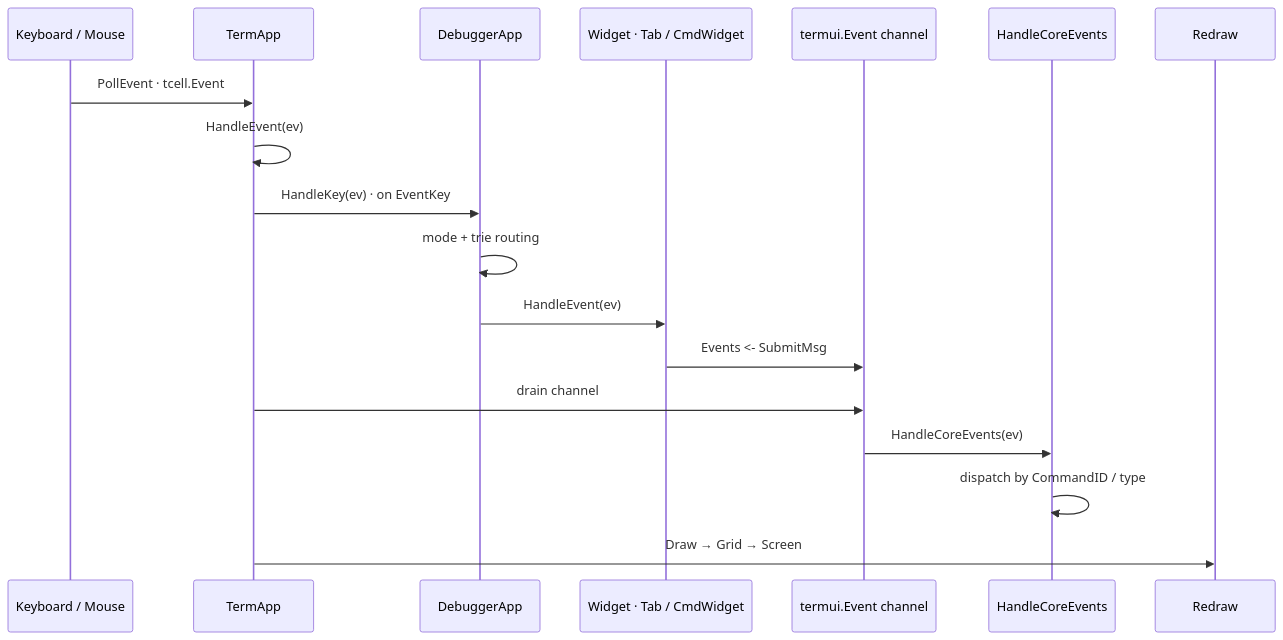
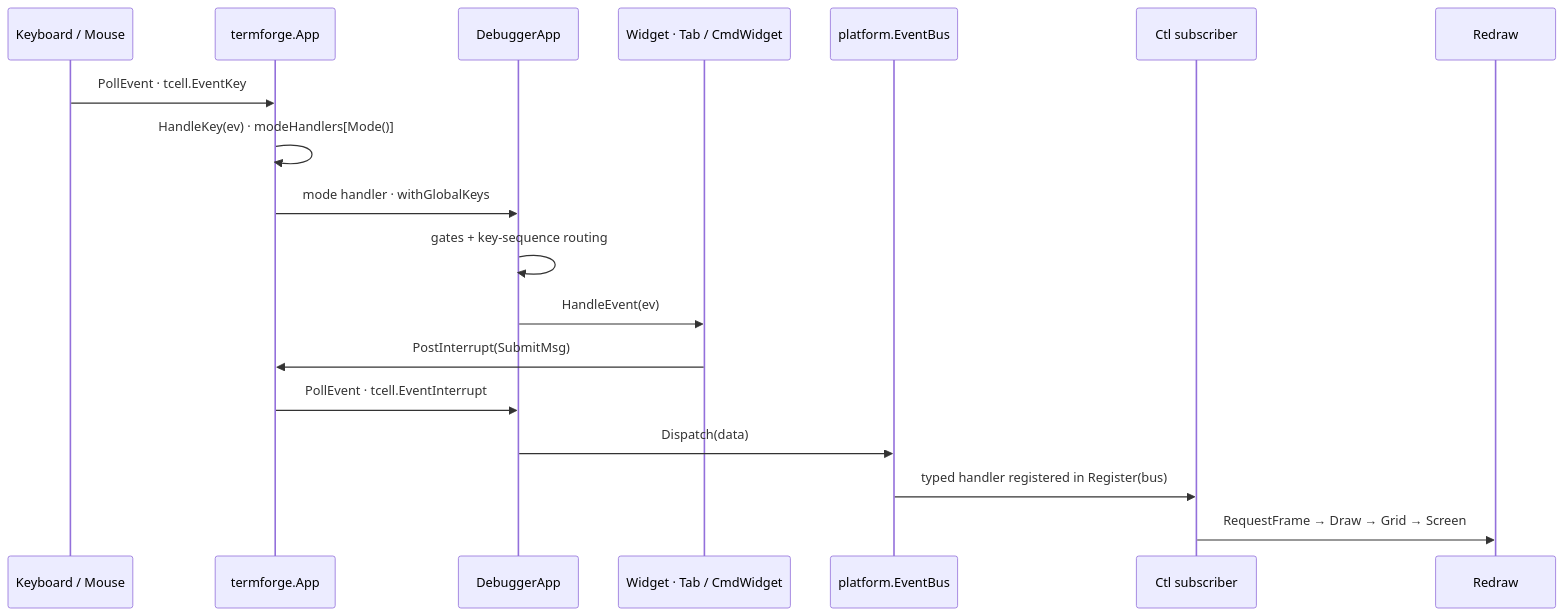
The diagram in docs/diagrams/event_flow.mermaid (yairgd/gdbforge), drawn with Mermaid before and after one commit. The commit also changed 18 other files, not shown here.

First line of the commit message:
docs: retire the internal/termui vocabulary and describe the termforge split

```diff
--- a/docs/diagrams/event_flow.mermaid
+++ b/docs/diagrams/event_flow.mermaid
@@ -1,19 +1,19 @@
 sequenceDiagram
     participant Input as Keyboard / Mouse
-    participant App as TermApp
+    participant App as termforge.App
     participant Dbg as DebuggerApp
     participant Widget as Widget · Tab / CmdWidget
-    participant Bus as termui.Event channel
-    participant Core as HandleCoreEvents
+    participant Bus as platform.EventBus
+    participant Ctl as Ctl subscriber
     participant Render as Redraw
 
-    Input ->> App: PollEvent · tcell.Event
-    App ->> App: HandleEvent(ev)
-    App ->> Dbg: HandleKey(ev) · on EventKey
-    Dbg ->> Dbg: mode + trie routing
+    Input ->> App: PollEvent · tcell.EventKey
+    App ->> App: HandleKey(ev) · modeHandlers[Mode()]
+    App ->> Dbg: mode handler · withGlobalKeys
+    Dbg ->> Dbg: gates + key-sequence routing
     Dbg ->> Widget: HandleEvent(ev)
-    Widget ->> Bus: Events <- SubmitMsg
-    App ->> Bus: drain channel
-    Bus ->> Core: HandleCoreEvents(ev)
-    Core ->> Core: dispatch by CommandID / type
-    App ->> Render: Draw → Grid → Screen
+    Widget ->> App: PostInterrupt(SubmitMsg)
+    App ->> Dbg: PollEvent · tcell.EventInterrupt
+    Dbg ->> Bus: Dispatch(data)
+    Bus ->> Ctl: typed handler registered in Register(bus)
+    Ctl ->> Render: RequestFrame → Draw → Grid → Screen
```
